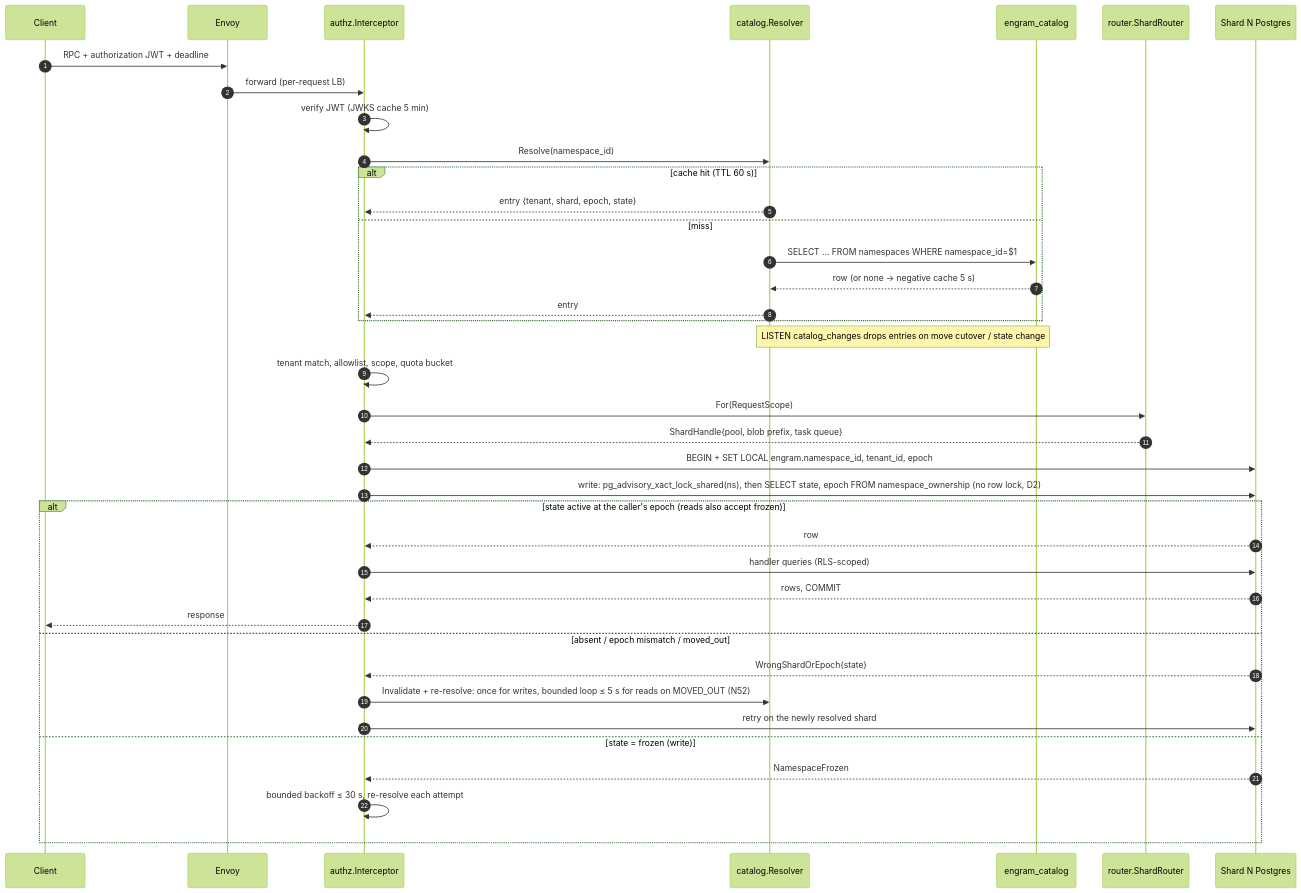
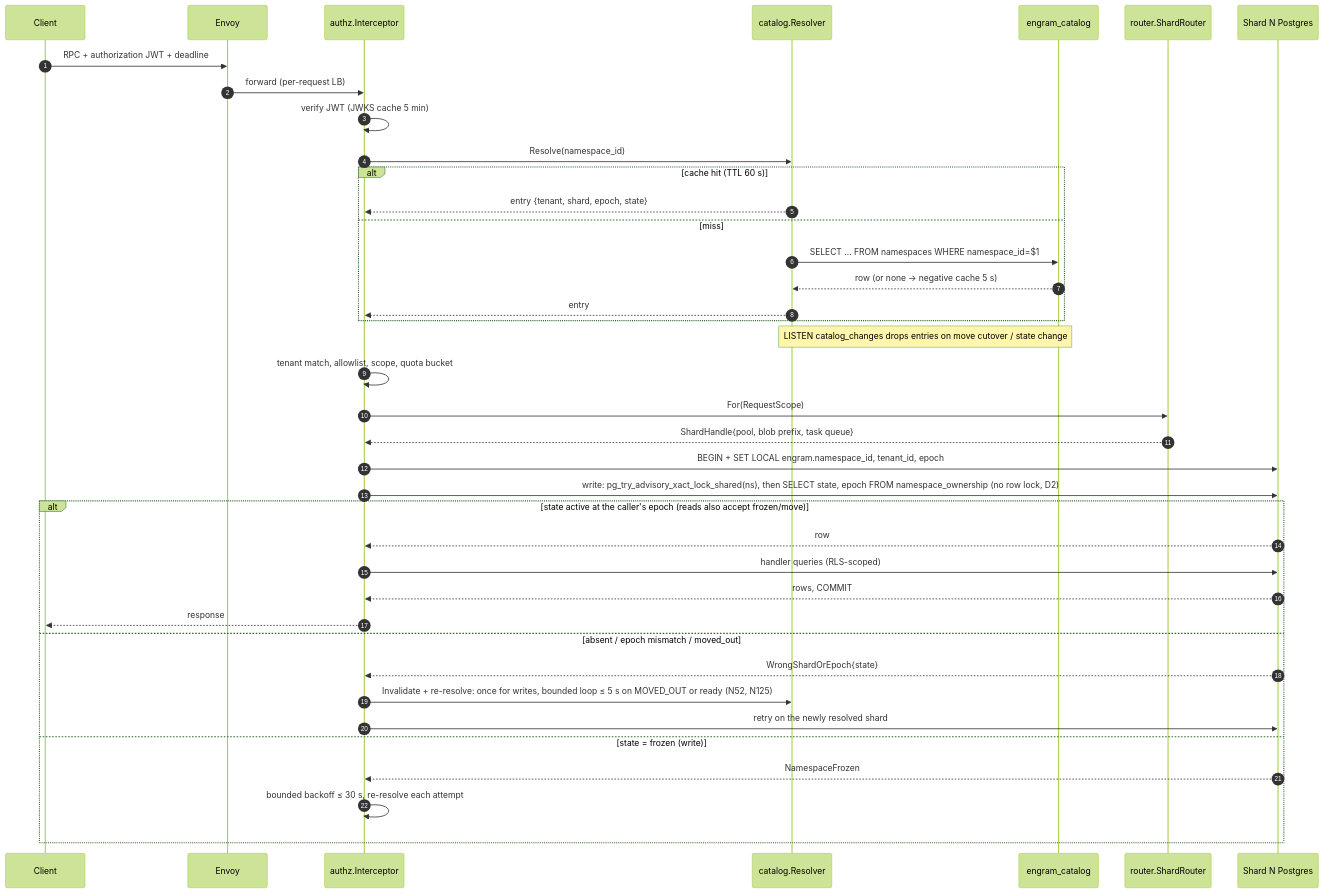
One commit to gstamatakis95/agent-memory-benchmark changed the second of 6 diagrams in plans/engram/sections/01-architecture.md. Above: the diagram before and after it, drawn with Mermaid (forest theme). The commit also changed other lines of this file and 15 other files, not shown here.

````diff
--- a/plans/engram/sections/01-architecture.md
+++ b/plans/engram/sections/01-architecture.md
@@ -209,42 +220,42 @@
 ```mermaid
 sequenceDiagram
   autonumber
   participant C as Client
   participant E as Envoy
   participant I as authz.Interceptor
   participant R as catalog.Resolver
   participant CAT as engram_catalog
   participant S as router.ShardRouter
   participant DB as Shard N Postgres
 
   C->>E: RPC + authorization JWT + deadline
   E->>I: forward (per-request LB)
   I->>I: verify JWT (JWKS cache 5 min)
   I->>R: Resolve(namespace_id)
   alt cache hit (TTL 60 s)
     R-->>I: entry {tenant, shard, epoch, state}
   else miss
     R->>CAT: SELECT … FROM namespaces WHERE namespace_id=$1
     CAT-->>R: row (or none → negative cache 5 s)
     R-->>I: entry
   end
   Note over R,CAT: LISTEN catalog_changes drops entries on move cutover / state change
   I->>I: tenant match, allowlist, scope, quota bucket
   I->>S: For(RequestScope)
   S-->>I: ShardHandle{pool, blob prefix, task queue}
   I->>DB: BEGIN + SET LOCAL engram.namespace_id, tenant_id, epoch
-  I->>DB: write: pg_advisory_xact_lock_shared(ns), then SELECT state, epoch FROM namespace_ownership (no row lock, D2)
-  alt state active at the caller's epoch (reads also accept frozen)
+  I->>DB: write: pg_try_advisory_xact_lock_shared(ns), then SELECT state, epoch FROM namespace_ownership (no row lock, D2)
+  alt state active at the caller's epoch (reads also accept frozen/move)
     DB-->>I: row
     I->>DB: handler queries (RLS-scoped)
     DB-->>I: rows, COMMIT
     I-->>C: response
   else absent / epoch mismatch / moved_out
     DB-->>I: WrongShardOrEpoch{state}
-    I->>R: Invalidate + re-resolve: once for writes, bounded loop ≤ 5 s for reads on MOVED_OUT (N52)
+    I->>R: Invalidate + re-resolve: once for writes, bounded loop ≤ 5 s on MOVED_OUT or ready (N52, N125)
     I->>DB: retry on the newly resolved shard
   else state = frozen (write)
     DB-->>I: NamespaceFrozen
     I->>I: bounded backoff ≤ 30 s, re-resolve each attempt
   end
 ```
````
